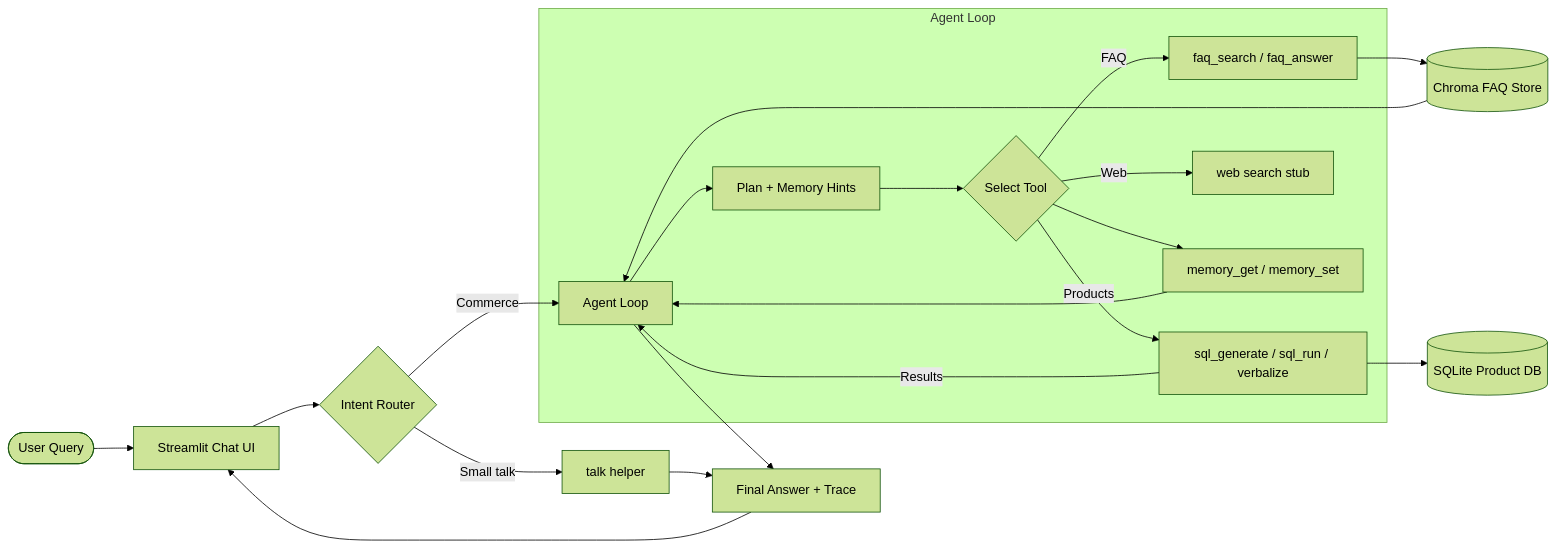
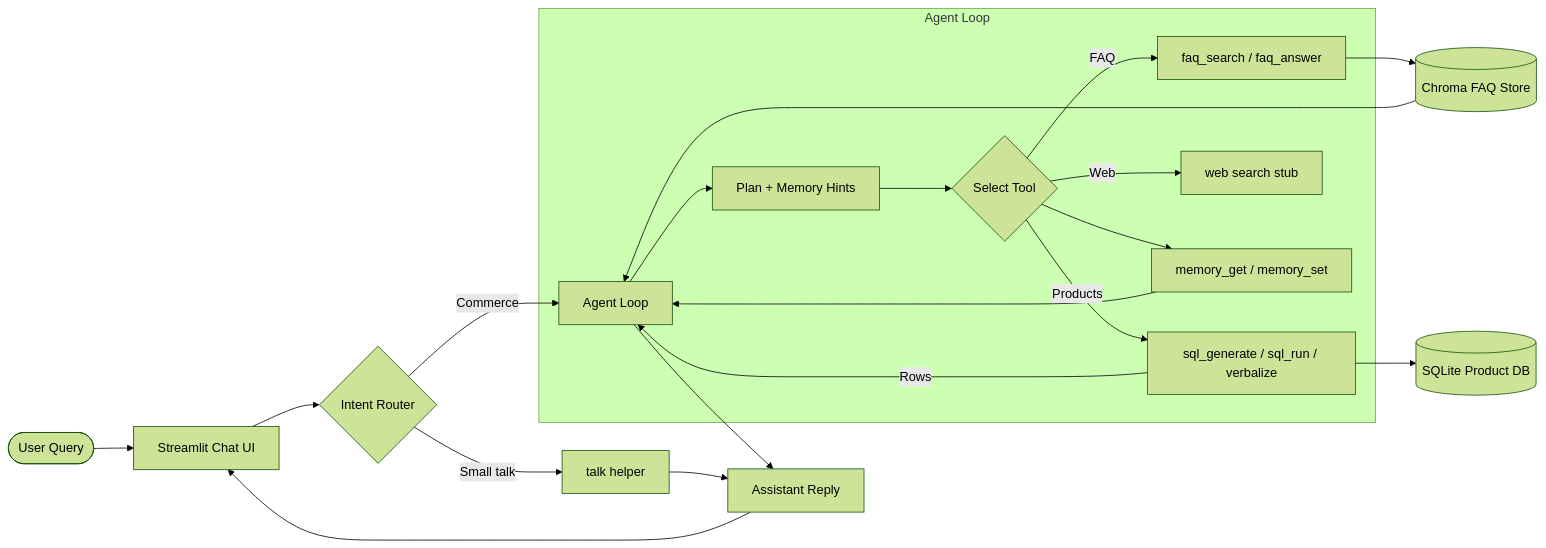
One commit to Rohan0497/E-commerce_Chatbot changed the diagram in README.md. Above: the diagram before and after it, drawn with Mermaid (forest theme). The commit also changed other lines of this file and 10 other files, not shown here.

````diff
--- a/README.md
+++ b/README.md
@@ -28,26 +16,26 @@
 ```mermaid
 flowchart LR
     user([User Query]) --> ui[Streamlit Chat UI]
     ui --> router{Intent Router}
     router -->|Small talk| smalltalk[talk helper]
     router -->|Commerce| agent[Agent Loop]
 
     subgraph Agent Loop
         agent --> plan[Plan + Memory Hints]
         plan --> act{Select Tool}
         act -->|FAQ| faq_tools[faq_search / faq_answer]
         act -->|Products| sql_tools[sql_generate / sql_run / verbalize]
         act -->|Web| web_tool[web search stub]
         act --> memory_tools[memory_get / memory_set]
     end
 
     faq_tools --> chroma[(Chroma FAQ Store)]
     sql_tools --> db[(SQLite Product DB)]
-    sql_tools -->|Results| agent
+    sql_tools -->|Rows| agent
     memory_tools --> agent
-    agent --> response[Final Answer + Trace]
+    agent --> response[Assistant Reply]
     smalltalk --> response
     chroma --> agent
 
     response --> ui
 ```
````
